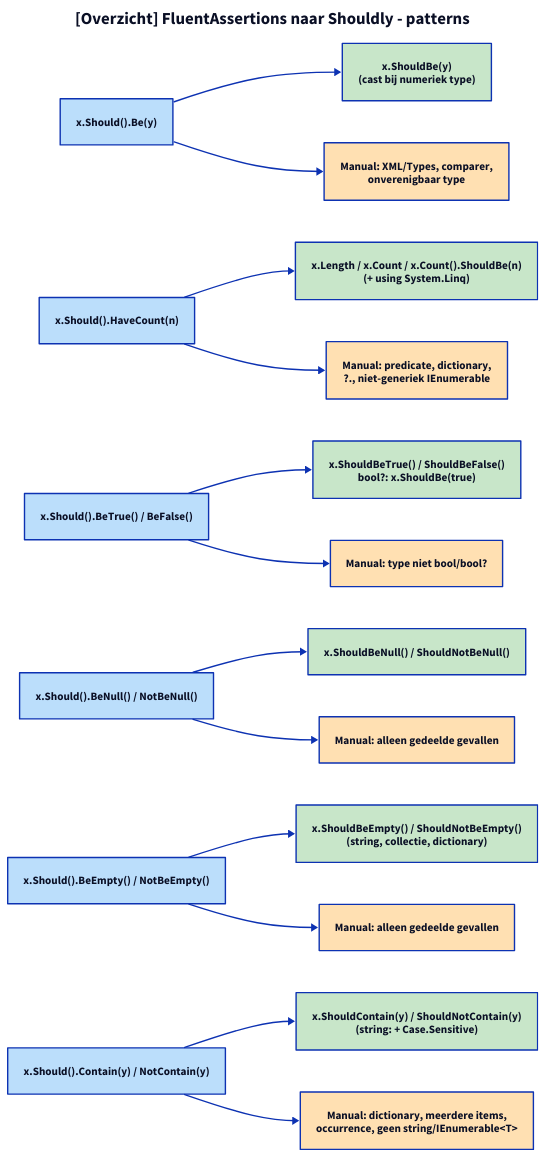
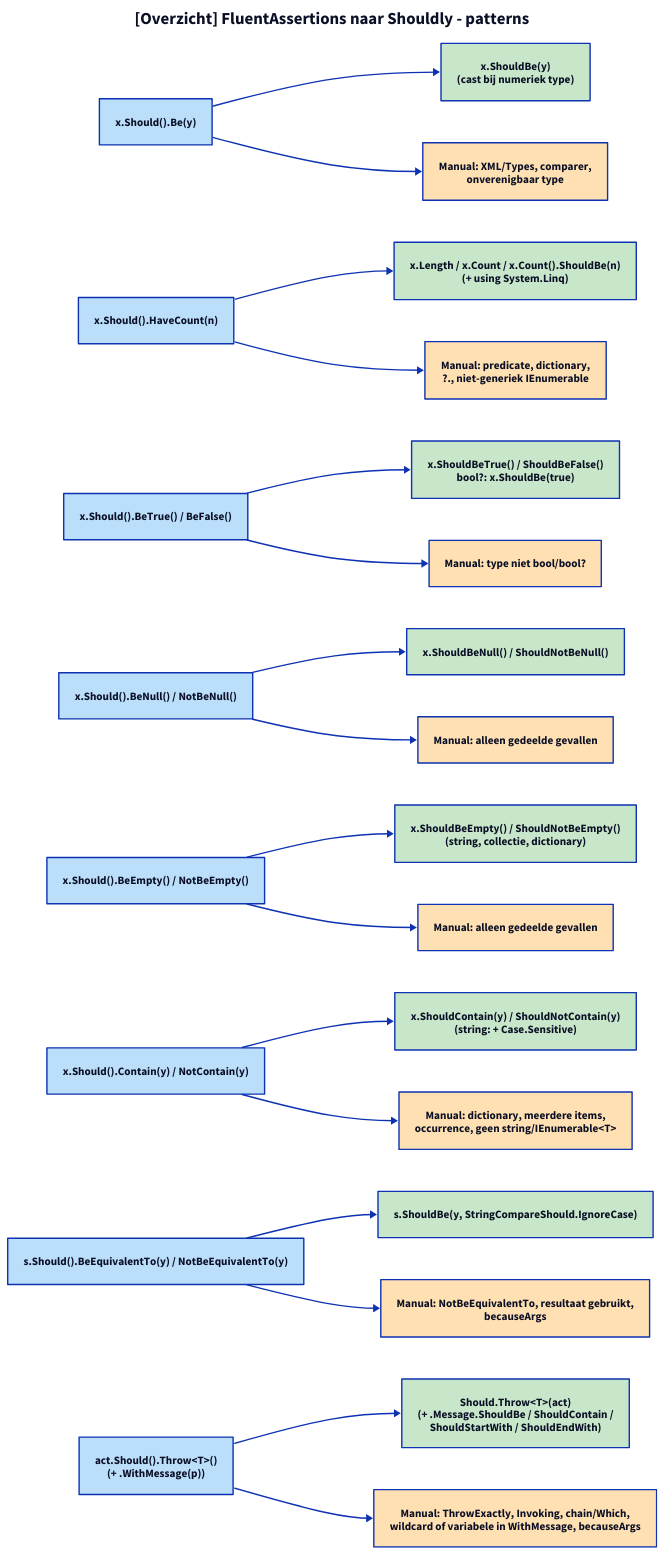
One commit to ATkingma/unshackle changed the diagram in docs/projectinfo/modellen/img/patronen-1.d2. Above: the diagram before and after it, drawn with D2. The commit also changed 72 other files, not shown here.

First line of the commit message:
Add fa.throw and fa.be-equivalent-to-string patterns

```diff
--- a/docs/projectinfo/modellen/img/patronen-1.d2
+++ b/docs/projectinfo/modellen/img/patronen-1.d2
@@ -1,42 +1,52 @@
 title: "[Overzicht] FluentAssertions naar Shouldly - patterns" {shape: text; near: top-center; style: {font-size: 24; bold: true}}
 direction: right
 vars: {
   d2-legend: {
     f: FluentAssertions {style.fill: "#bbdefb"}
     s: Shouldly {style.fill: "#c8e6c9"}
     m: Manual {style.fill: "#ffe0b2"}
     a: "" {style.opacity: 0}
     b: "" {style.opacity: 0}
     a -> b: Wordt
   }
 }
 be: "x.Should().Be(y)" {style.fill: "#bbdefb"}
 count: "x.Should().HaveCount(n)" {style.fill: "#bbdefb"}
 truefalse: "x.Should().BeTrue() / BeFalse()" {style.fill: "#bbdefb"}
 nul: "x.Should().BeNull() / NotBeNull()" {style.fill: "#bbdefb"}
 empty: "x.Should().BeEmpty() / NotBeEmpty()" {style.fill: "#bbdefb"}
 contain: "x.Should().Contain(y) / NotContain(y)" {style.fill: "#bbdefb"}
 scontain: "x.ShouldContain(y) / ShouldNotContain(y)\n(string: + Case.Sensitive)" {style.fill: "#c8e6c9"}
 m6: "Manual: dictionary, meerdere items,\noccurrence, geen string/IEnumerable<T>" {style.fill: "#ffe0b2"}
 sbe: "x.ShouldBe(y)\n(cast bij numeriek type)" {style.fill: "#c8e6c9"}
 scount: "x.Length / x.Count / x.Count().ShouldBe(n)\n(+ using System.Linq)" {style.fill: "#c8e6c9"}
 stf: "x.ShouldBeTrue() / ShouldBeFalse()\nbool?: x.ShouldBe(true)" {style.fill: "#c8e6c9"}
 snull: "x.ShouldBeNull() / ShouldNotBeNull()" {style.fill: "#c8e6c9"}
 sempty: "x.ShouldBeEmpty() / ShouldNotBeEmpty()\n(string, collectie, dictionary)" {style.fill: "#c8e6c9"}
 m5: "Manual: alleen gedeelde gevallen" {style.fill: "#ffe0b2"}
 m1: "Manual: XML/Types, comparer,\nonverenigbaar type" {style.fill: "#ffe0b2"}
 m2: "Manual: predicate, dictionary,\n?., niet-generiek IEnumerable" {style.fill: "#ffe0b2"}
 m3: "Manual: type niet bool/bool?" {style.fill: "#ffe0b2"}
 m4: "Manual: alleen gedeelde gevallen" {style.fill: "#ffe0b2"}
 be -> sbe
 count -> scount
 truefalse -> stf
 nul -> snull
 be -> m1
 count -> m2
 truefalse -> m3
 nul -> m4
 empty -> sempty
 empty -> m5
 contain -> scontain
 contain -> m6
+beq: "s.Should().BeEquivalentTo(y) / NotBeEquivalentTo(y)" {style.fill: "#bbdefb"}
+sbeq: "s.ShouldBe(y, StringCompareShould.IgnoreCase)" {style.fill: "#c8e6c9"}
+m7: "Manual: NotBeEquivalentTo, resultaat gebruikt,\nbecauseArgs" {style.fill: "#ffe0b2"}
+thr: "act.Should().Throw<T>()\n(+ .WithMessage(p))" {style.fill: "#bbdefb"}
+sthr: "Should.Throw<T>(act)\n(+ .Message.ShouldBe / ShouldContain /\nShouldStartWith / ShouldEndWith)" {style.fill: "#c8e6c9"}
+m8: "Manual: ThrowExactly, Invoking, chain/Which,\nwildcard of variabele in WithMessage, becauseArgs" {style.fill: "#ffe0b2"}
+beq -> sbeq
+beq -> m7
+thr -> sthr
+thr -> m8
```
